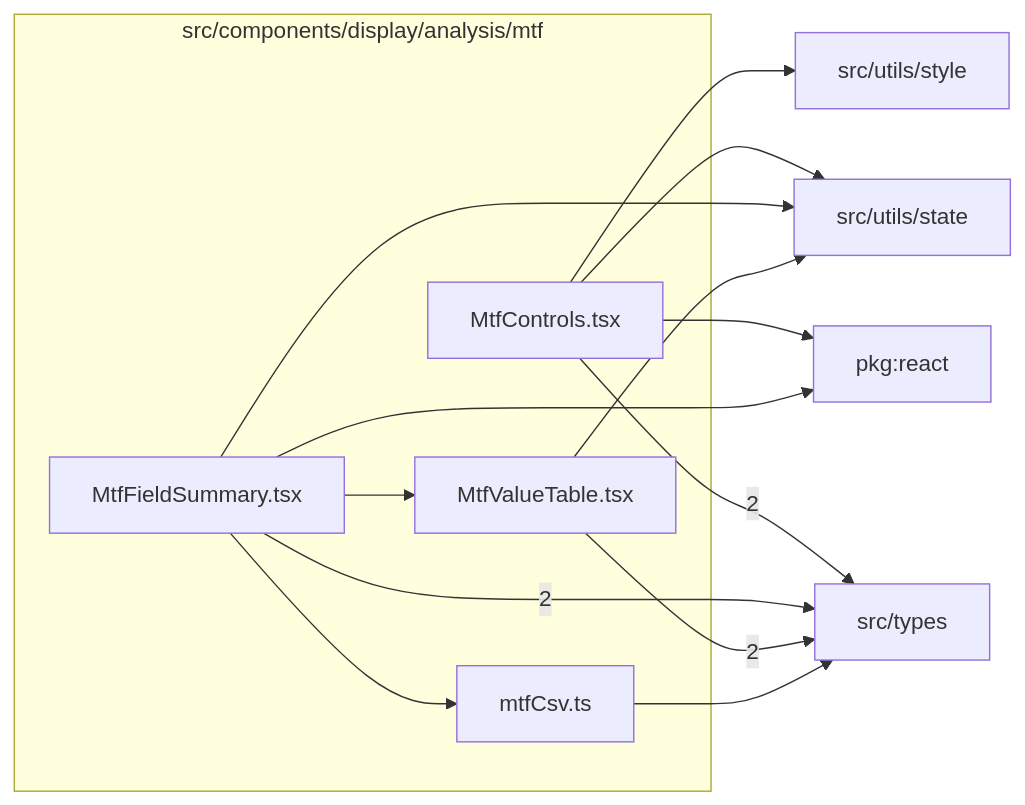
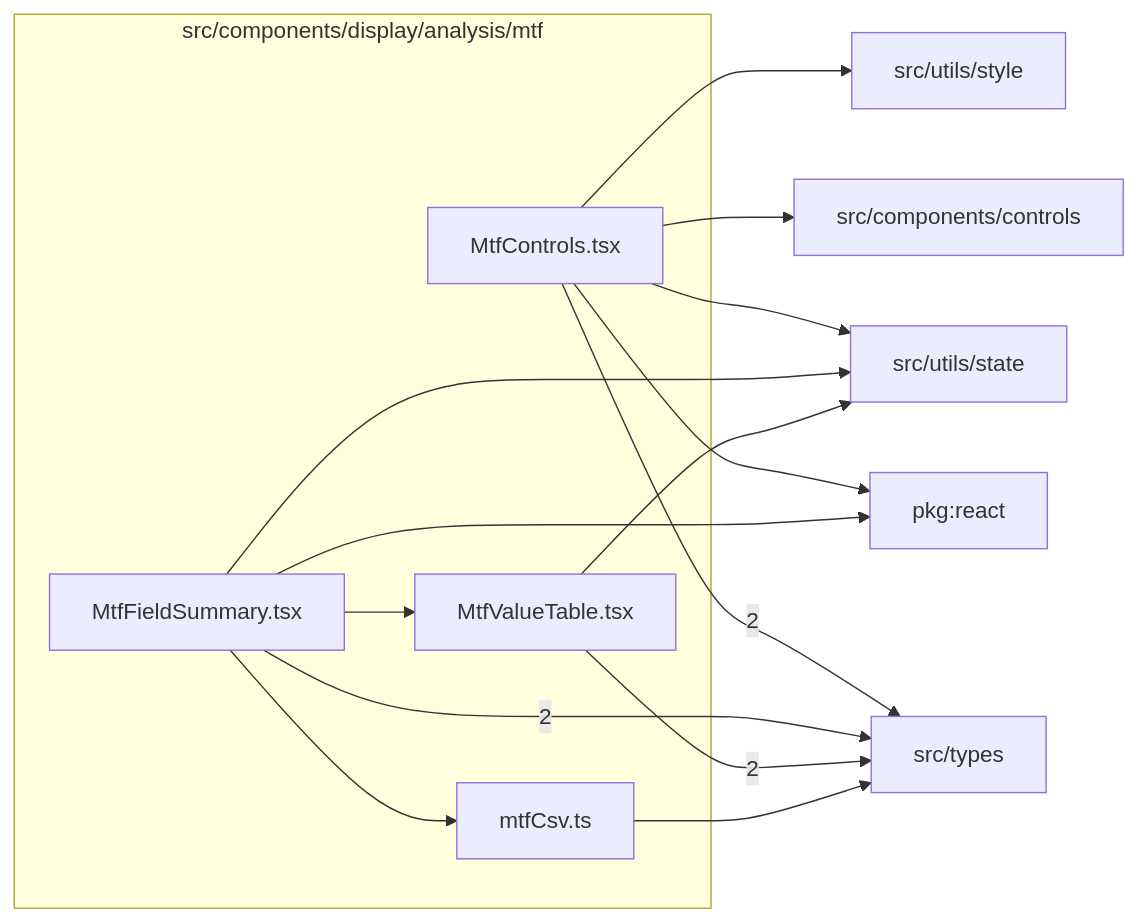
The diagram in src/components/display/analysis/mtf/readme.md (ronbuening/LensVisualizer), drawn with Mermaid before and after one commit. The commit also changed other lines of this file and 10 other files, not shown here.

````diff
--- a/src/components/display/analysis/mtf/readme.md
+++ b/src/components/display/analysis/mtf/readme.md
@@ -9,25 +9,27 @@
 ```mermaid
 flowchart LR
   subgraph n_src_components_display_analysis_mtf["src/components/display/analysis/mtf"]
     n_src_components_display_analysis_mtf_src_components_display_analysis_mtf_MtfControls_tsx["MtfControls.tsx"]
     n_src_components_display_analysis_mtf_src_components_display_analysis_mtf_mtfCsv_ts["mtfCsv.ts"]
     n_src_components_display_analysis_mtf_src_components_display_analysis_mtf_MtfFieldSummary_tsx["MtfFieldSummary.tsx"]
     n_src_components_display_analysis_mtf_src_components_display_analysis_mtf_MtfValueTable_tsx["MtfValueTable.tsx"]
   end
   n_external_src_types["src/types"]
   n_external_pkg_react["pkg:react"]
+  n_external_src_components_controls["src/components/controls"]
   n_external_src_utils_state["src/utils/state"]
   n_external_src_utils_style["src/utils/style"]
   n_src_components_display_analysis_mtf_src_components_display_analysis_mtf_MtfControls_tsx --> |2| n_external_src_types
   n_src_components_display_analysis_mtf_src_components_display_analysis_mtf_MtfFieldSummary_tsx --> |2| n_external_src_types
   n_src_components_display_analysis_mtf_src_components_display_analysis_mtf_MtfValueTable_tsx --> |2| n_external_src_types
   n_src_components_display_analysis_mtf_src_components_display_analysis_mtf_MtfControls_tsx --> n_external_pkg_react
   n_src_components_display_analysis_mtf_src_components_display_analysis_mtf_MtfFieldSummary_tsx --> n_external_pkg_react
+  n_src_components_display_analysis_mtf_src_components_display_analysis_mtf_MtfControls_tsx --> n_external_src_components_controls
   n_src_components_display_analysis_mtf_src_components_display_analysis_mtf_mtfCsv_ts --> n_external_src_types
   n_src_components_display_analysis_mtf_src_components_display_analysis_mtf_MtfControls_tsx --> n_external_src_utils_state
   n_src_components_display_analysis_mtf_src_components_display_analysis_mtf_MtfFieldSummary_tsx --> n_external_src_utils_state
   n_src_components_display_analysis_mtf_src_components_display_analysis_mtf_MtfValueTable_tsx --> n_external_src_utils_state
   n_src_components_display_analysis_mtf_src_components_display_analysis_mtf_MtfControls_tsx --> n_external_src_utils_style
   n_src_components_display_analysis_mtf_src_components_display_analysis_mtf_MtfFieldSummary_tsx --> n_src_components_display_analysis_mtf_src_components_display_analysis_mtf_mtfCsv_ts
   n_src_components_display_analysis_mtf_src_components_display_analysis_mtf_MtfFieldSummary_tsx --> n_src_components_display_analysis_mtf_src_components_display_analysis_mtf_MtfValueTable_tsx
 ```
````
